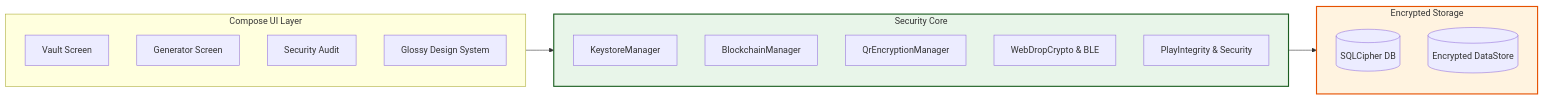
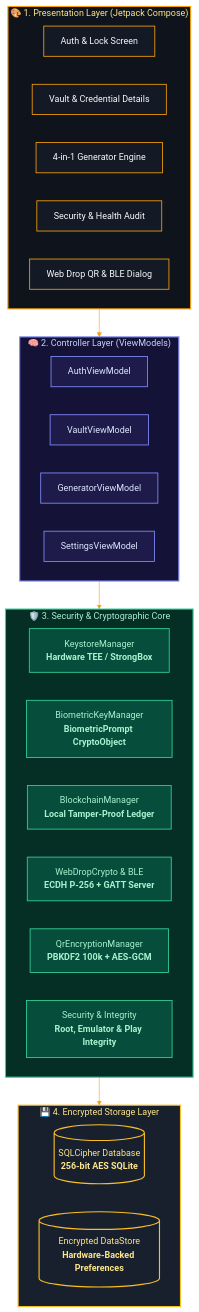
Before and after one commit to dwinsi/kunjika: the fifth of 5 diagrams in README.md, drawn with Mermaid. The commit also changed other lines of this file and 13 other files, not shown here.

Commit message:
docs: add status badges and custom Mermaid themes to project documentation

````diff
--- a/README.md
+++ b/README.md
@@ -46,26 +269,65 @@
 ```mermaid
-graph LR
-    subgraph UI ["Compose UI Layer"]
-        A[Vault Screen]
-        B[Generator Screen]
-        H[Security Audit]
-        G[Glossy Design System]
-    end
-    subgraph Core ["Security Core"]
-        C[KeystoreManager]
-        D[BlockchainManager]
-        E[QrEncryptionManager]
-        W[WebDropCrypto & BLE]
-        P[PlayIntegrity & Security]
-    end
-    subgraph Storage ["Encrypted Storage"]
-        F[(SQLCipher DB)]
-        S[(Encrypted DataStore)]
+%%{init: {
+  'theme': 'base',
+  'themeVariables': {
+    'darkMode': true,
+    'background': '#07090E',
+    'mainBkg': '#0F141C',
+    'primaryColor': '#131A26',
+    'primaryTextColor': '#F8FAFC',
+    'primaryBorderColor': '#F59E0B',
+    'lineColor': '#F59E0B',
+    'clusterBkg': '#0F141C',
+    'clusterBorder': '#2B374A',
+    'edgeLabelBackground': '#18202E'
+  }
+}}%%
+graph TB
+    subgraph UI ["🎨 1. Presentation Layer (Jetpack Compose)"]
+        A[Auth & Lock Screen]
+        B[Vault & Credential Details]
+        C[4-in-1 Generator Engine]
+        D[Security & Health Audit]
+        E[Web Drop QR & BLE Dialog]
     end
 
-    UI --> Core
+    subgraph VM ["🧠 2. Controller Layer (ViewModels)"]
+        F[AuthViewModel]
+        G[VaultViewModel]
+        H[GeneratorViewModel]
+        I[SettingsViewModel]
+    end
+
+    subgraph Core ["🛡️ 3. Security & Cryptographic Core"]
+        J[KeystoreManager<br/><b>Hardware TEE / StrongBox</b>]
+        K[BiometricKeyManager<br/><b>BiometricPrompt CryptoObject</b>]
+        L[BlockchainManager<br/><b>Local Tamper-Proof Ledger</b>]
+        M[WebDropCrypto & BLE<br/><b>ECDH P-256 + GATT Server</b>]
+        N[QrEncryptionManager<br/><b>PBKDF2 100k + AES-GCM</b>]
+        O[Security & Integrity<br/><b>Root, Emulator & Play Integrity</b>]
+    end
+
+    subgraph Storage ["💾 4. Encrypted Storage Layer"]
+        P[(SQLCipher Database<br/><b>256-bit AES SQLite</b>)]
+        Q[(Encrypted DataStore<br/><b>Hardware-Backed Preferences</b>)]
+    end
+
+    UI --> VM
+    VM --> Core
     Core --> Storage
-    
-    style Core fill:#e8f5e9,stroke:#1b5e20,stroke-width:2px
-    style Storage fill:#fff3e0,stroke:#e65100,stroke-width:2px
+
+    classDef goldNode fill:#131A26,stroke:#F59E0B,stroke-width:1.5px,color:#F8FAFC;
+    classDef indigoNode fill:#1E1B4B,stroke:#818CF8,stroke-width:1.5px,color:#E0E7FF;
+    classDef emeraldNode fill:#064E3B,stroke:#34D399,stroke-width:1.5px,color:#A7F3D0;
+    classDef storageNode fill:#18202E,stroke:#FBBF24,stroke-width:2px,color:#FDE68A;
+
+    class A,B,C,D,E goldNode;
+    class F,G,H,I indigoNode;
+    class J,K,L,M,N,O emeraldNode;
+    class P,Q storageNode;
+
+    style UI fill:#0F141C,stroke:#F59E0B,stroke-width:2px,color:#FDE68A
+    style VM fill:#151238,stroke:#818CF8,stroke-width:2px,color:#C7D2FE
+    style Core fill:#052e25,stroke:#34D399,stroke-width:2px,color:#A7F3D0
+    style Storage fill:#18202E,stroke:#FBBF24,stroke-width:2px,color:#FDE68A
 ```
````
